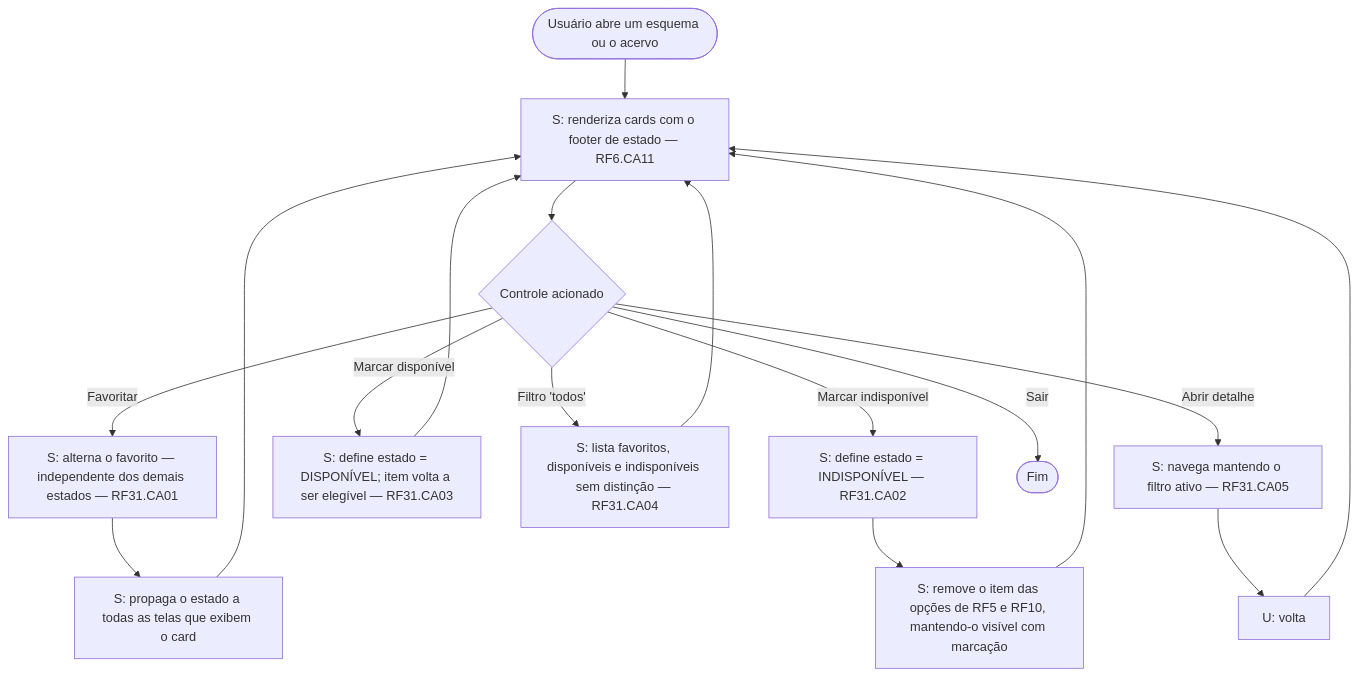
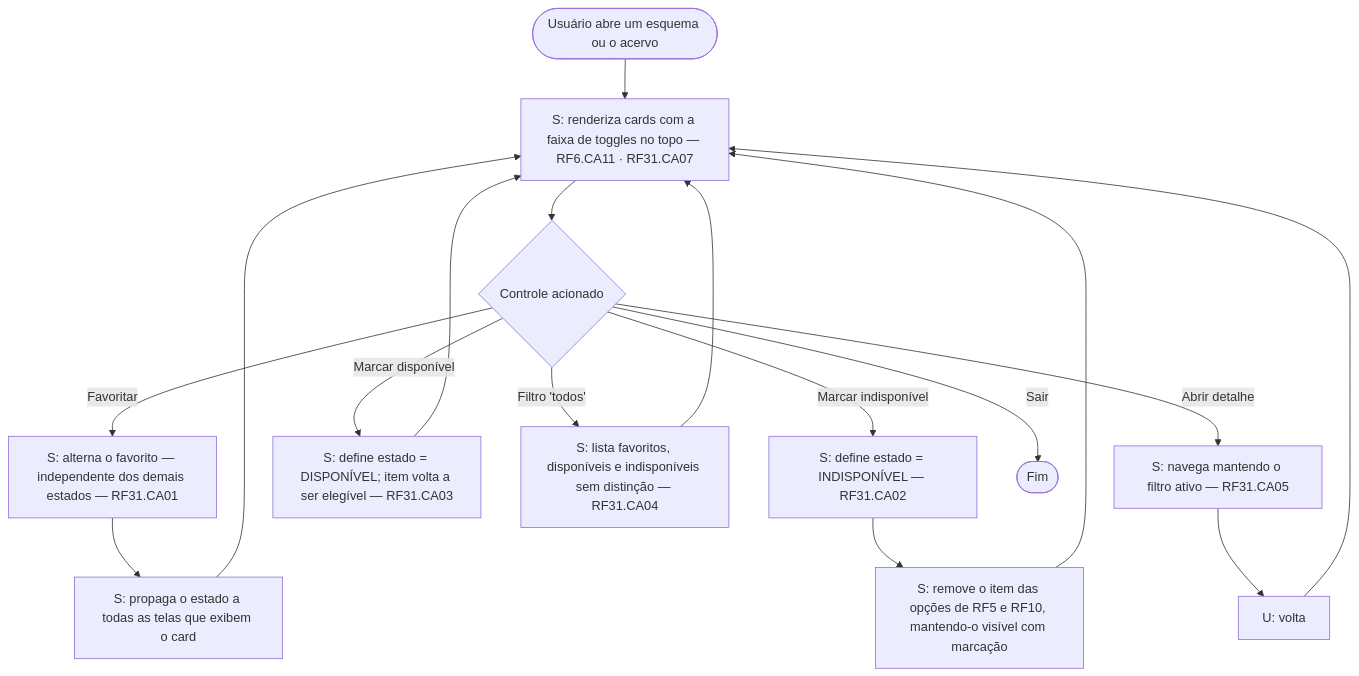
One commit to MatheusHaliski/SAI-TCC-2026 changed the seventh of 14 diagrams in docs/novo-projeto/05-diagramas-atividade.md. Above: the diagram before and after it, drawn with Mermaid. The commit also changed other lines of this file and 5 other files, not shown here.

First line of the commit message:
docs: incorpora a Modelagem UML (Parte 3) e corrige a faixa de toggles

````diff
--- a/docs/novo-projeto/05-diagramas-atividade.md
+++ b/docs/novo-projeto/05-diagramas-atividade.md
@@ -166,14 +166,14 @@
 ```mermaid
 flowchart TD
-    A([Usuário abre um esquema ou o acervo]) --> B[S: renderiza cards com o footer de estado — RF6.CA11]
+    A([Usuário abre um esquema ou o acervo]) --> B[S: renderiza cards com a faixa de toggles no topo — RF6.CA11 · RF31.CA07]
     B --> C{Controle acionado}
     C -- Favoritar --> D[S: alterna o favorito — independente dos demais estados — RF31.CA01]
     D --> E[S: propaga o estado a todas as telas que exibem o card] --> B
     C -- Marcar indisponível --> F[S: define estado = INDISPONÍVEL — RF31.CA02]
     F --> G[S: remove o item das opções de RF5 e RF10, mantendo-o visível com marcação] --> B
     C -- Marcar disponível --> H[S: define estado = DISPONÍVEL; item volta a ser elegível — RF31.CA03] --> B
     C -- Filtro 'todos' --> I[S: lista favoritos, disponíveis e indisponíveis sem distinção — RF31.CA04] --> B
     C -- Abrir detalhe --> J[S: navega mantendo o filtro ativo — RF31.CA05]
     J --> K[U: volta] --> B
     C -- Sair --> Z([Fim])
 ```
````
